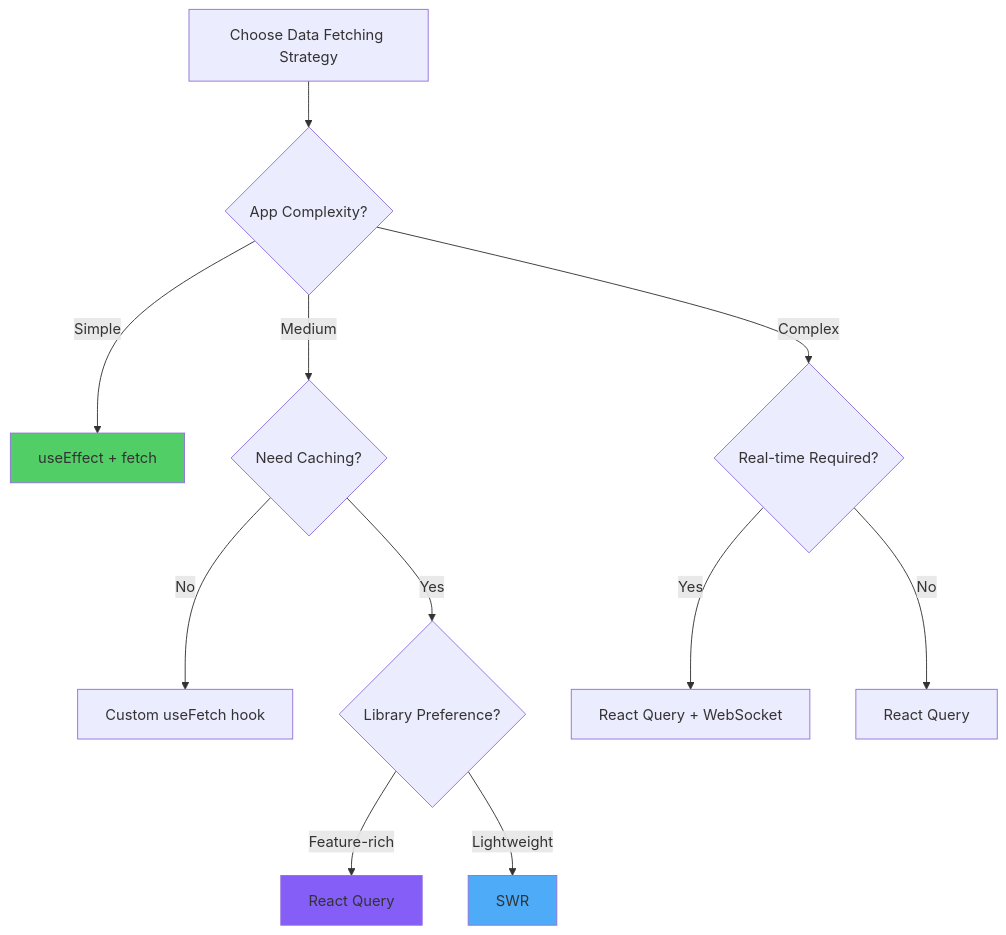
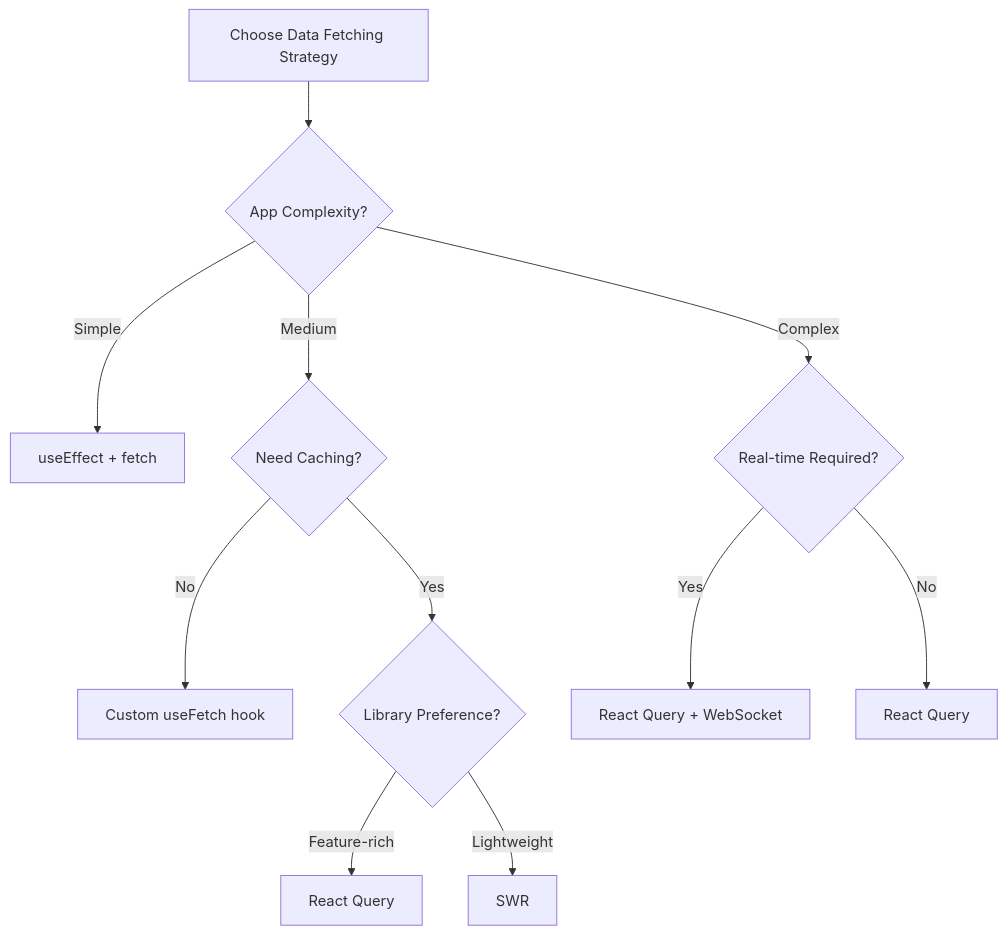
The sixth of 6 diagrams in arguments/chapters/07-data-fetching.md (BabaScience/react-guides), drawn with Mermaid before and after one commit. The commit also changed other lines of this file and 29 other files, not shown here.

First line of the commit message:
Bring React FR/IT translations to full English parity + theme-safe diagrams

````diff
--- a/arguments/chapters/07-data-fetching.md
+++ b/arguments/chapters/07-data-fetching.md
@@ -2079,21 +2076,18 @@
 ```mermaid
 graph TD
     A[Choose Data Fetching Strategy] --> B{App Complexity?}
     
     B -->|Simple| C[useEffect + fetch]
     B -->|Medium| D{Need Caching?}
     B -->|Complex| E{Real-time Required?}
     
     D -->|No| F[Custom useFetch hook]
     D -->|Yes| G{Library Preference?}
     
     G -->|Feature-rich| H[React Query]
     G -->|Lightweight| I[SWR]
     
     E -->|Yes| J[React Query + WebSocket]
     E -->|No| K[React Query]
     
-    style C fill:#51cf66
-    style H fill:#845ef7
-    style I fill:#4dabf7
 ```
````
